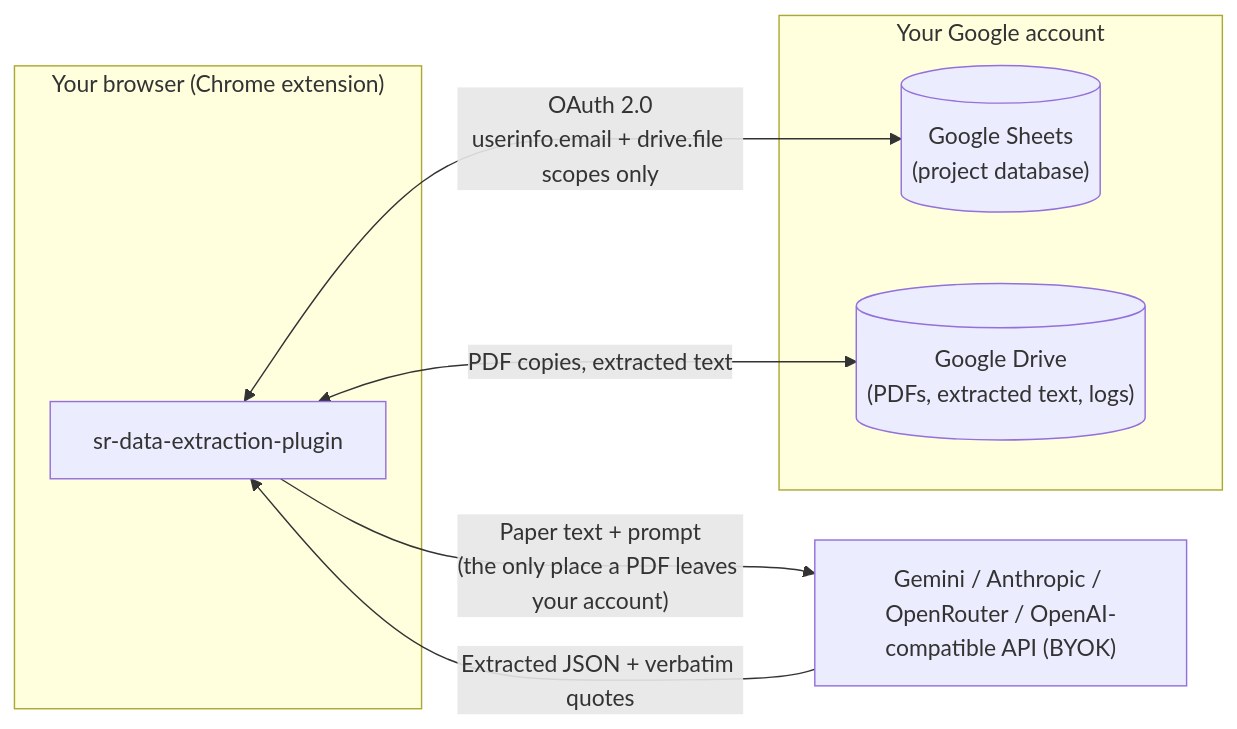
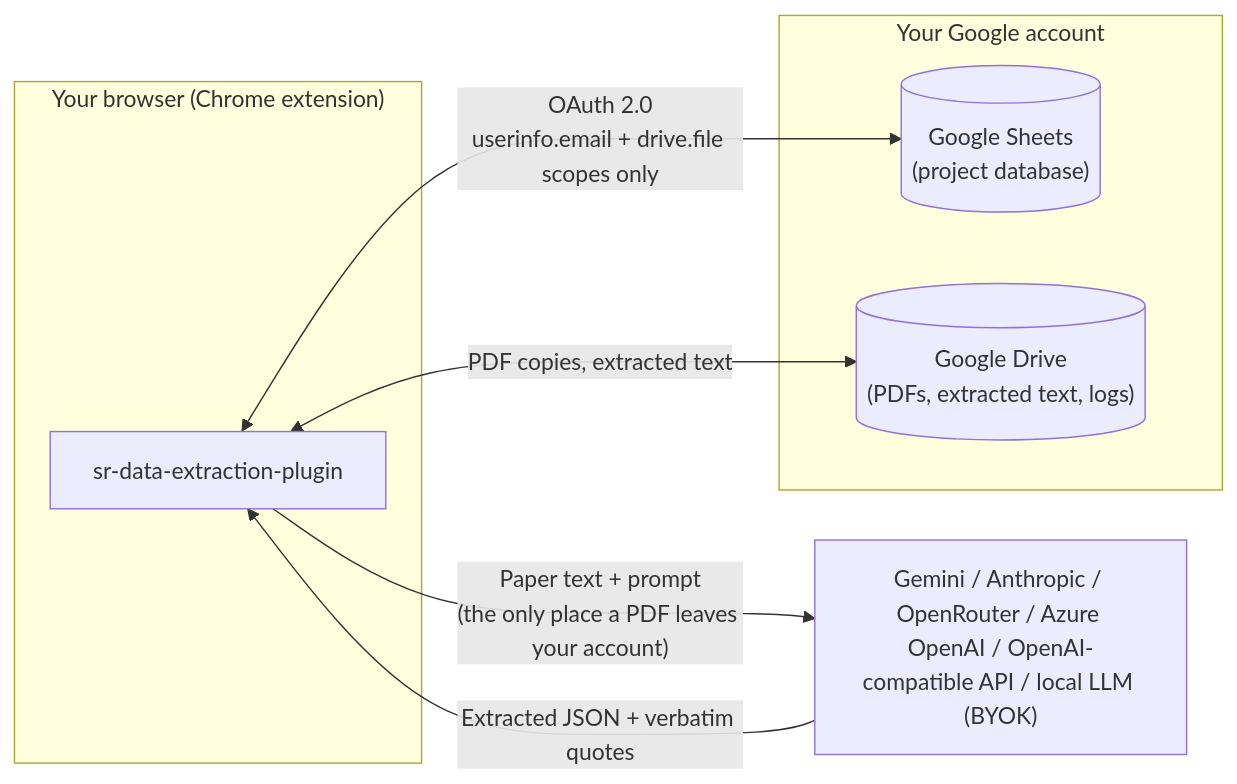
One commit to youkiti/sr-data-extraction-plugin changed the diagram in README.en.md. Above: the diagram before and after it, drawn with Mermaid. The commit also changed other lines of this file and 21 other files, not shown here.

````diff
--- a/README.en.md
+++ b/README.en.md
@@ -53,16 +53,16 @@
 ```mermaid
 flowchart LR
     subgraph User["Your browser (Chrome extension)"]
         Ext[sr-data-extraction-plugin]
     end
     subgraph Google["Your Google account"]
         Sheets[("Google Sheets<br/>(project database)")]
         Drive[("Google Drive<br/>(PDFs, extracted text, logs)")]
     end
-    LLM["Gemini / Anthropic / OpenRouter / OpenAI-compatible API (BYOK)"]
+    LLM["Gemini / Anthropic / OpenRouter / Azure OpenAI / OpenAI-compatible API / local LLM (BYOK)"]
 
     Ext <-->|"OAuth 2.0<br/>userinfo.email + drive.file scopes only"| Sheets
     Ext <-->|PDF copies, extracted text| Drive
     Ext -->|"Paper text + prompt<br/>(the only place a PDF leaves your account)"| LLM
     LLM -->|Extracted JSON + verbatim quotes| Ext
 ```
````
